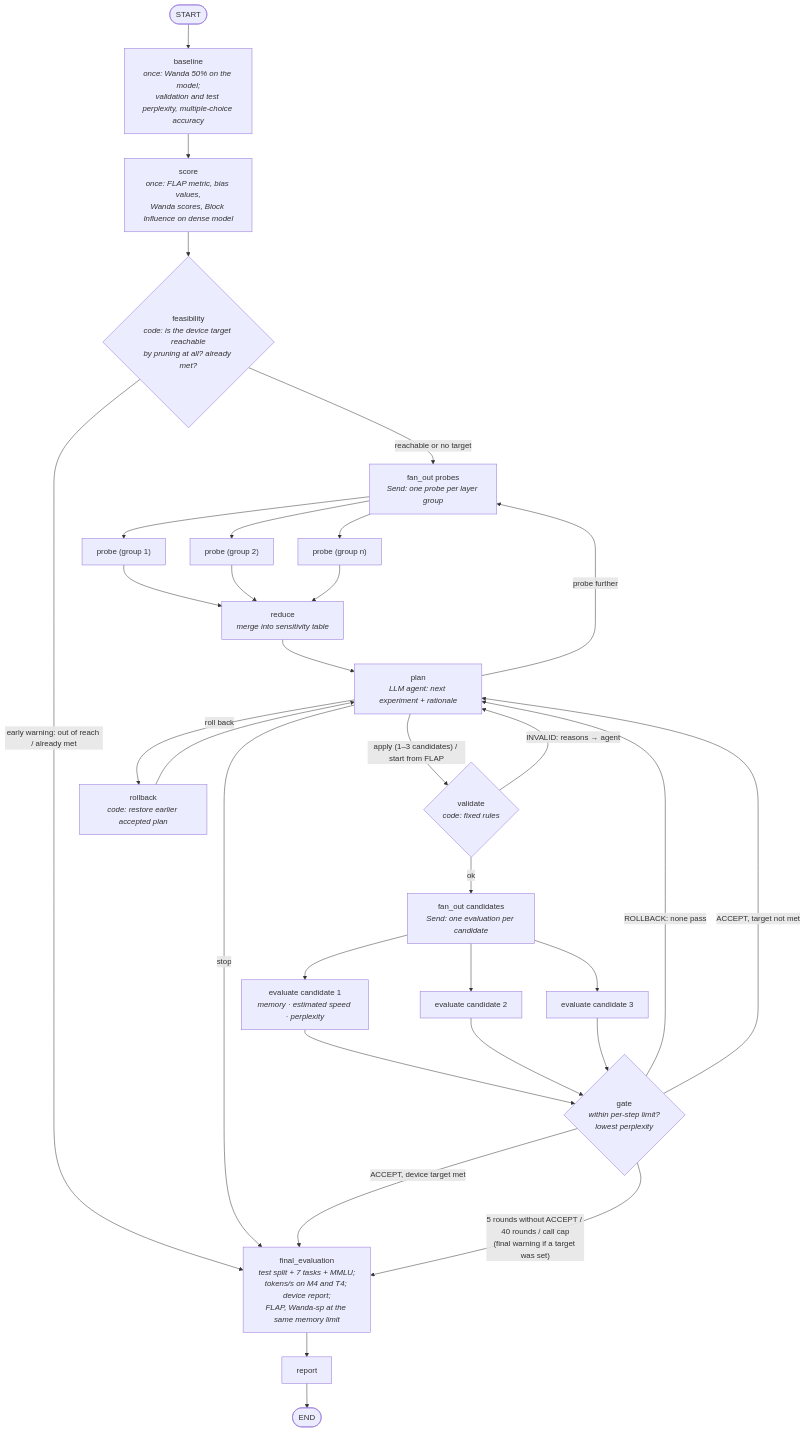
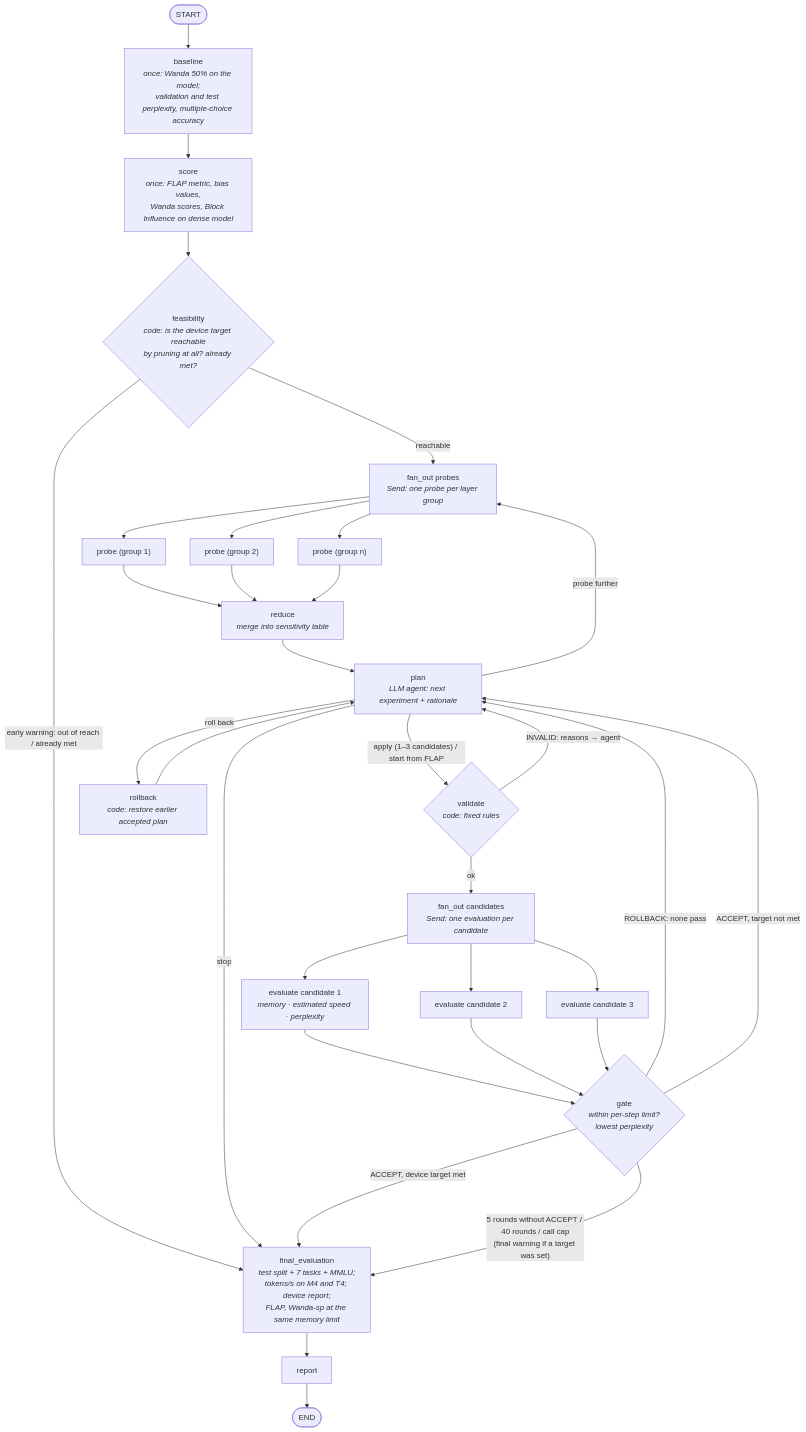
One commit to stephxu96/pruneagent changed the third of 4 diagrams in ARCHITECTURE.md. Above: the diagram before and after it, drawn with Mermaid. The commit also changed other lines of this file and 19 other files, not shown here.

First line of the commit message:
Align ADRs, board, docs and code with architecture v0.7

````diff
--- a/ARCHITECTURE.md
+++ b/ARCHITECTURE.md
@@ -247,24 +247,24 @@
 ```mermaid
 flowchart TD
     S([START]) --> BR["baseline<br/><i>once: Wanda 50% on the model;<br/>validation and test perplexity, multiple-choice accuracy</i>"]
     BR --> SC["score<br/><i>once: FLAP metric, bias values,<br/>Wanda scores, Block Influence on dense model</i>"]
     SC --> FE{"feasibility<br/><i>code: is the device target reachable<br/>by pruning at all? already met?</i>"}
     FE -- "early warning: out of reach / already met" --> FN
-    FE -- "reachable or no target" --> FO["fan_out probes<br/><i>Send: one probe per layer group</i>"]
+    FE -- "reachable" --> FO["fan_out probes<br/><i>Send: one probe per layer group</i>"]
     FO --> PB1["probe (group 1)"] & PB2["probe (group 2)"] & PBN["probe (group n)"]
     PB1 & PB2 & PBN --> RD["reduce<br/><i>merge into sensitivity table</i>"]
     RD --> PL["plan<br/><i>LLM agent: next experiment + rationale</i>"]
     PL -- "probe further" --> FO
     PL -- "stop" --> FN
     PL -- "apply (1–3 candidates) / start from FLAP" --> VA{"validate<br/><i>code: fixed rules</i>"}
     PL -- "roll back" --> RB["rollback<br/><i>code: restore earlier accepted plan</i>"] --> PL
     VA -- "INVALID: reasons → agent" --> PL
     VA -- "ok" --> FC["fan_out candidates<br/><i>Send: one evaluation per candidate</i>"]
     FC --> E1["evaluate candidate 1<br/><i>memory · estimated speed · perplexity</i>"] & E2["evaluate candidate 2"] & E3["evaluate candidate 3"]
     E1 & E2 & E3 --> GT{"gate<br/><i>within per-step limit?<br/>lowest perplexity</i>"}
     GT -- "ROLLBACK: none pass" --> PL
     GT -- "ACCEPT, target not met" --> PL
     GT -- "ACCEPT, device target met" --> FN
     GT -- "5 rounds without ACCEPT / 40 rounds / call cap<br/>(final warning if a target was set)" --> FN["final_evaluation<br/><i>test split + 7 tasks + MMLU;<br/>tokens/s on M4 and T4; device report;<br/>FLAP, Wanda-sp at the same memory limit</i>"]
     FN --> RP["report"] --> E([END])
 ```
````
